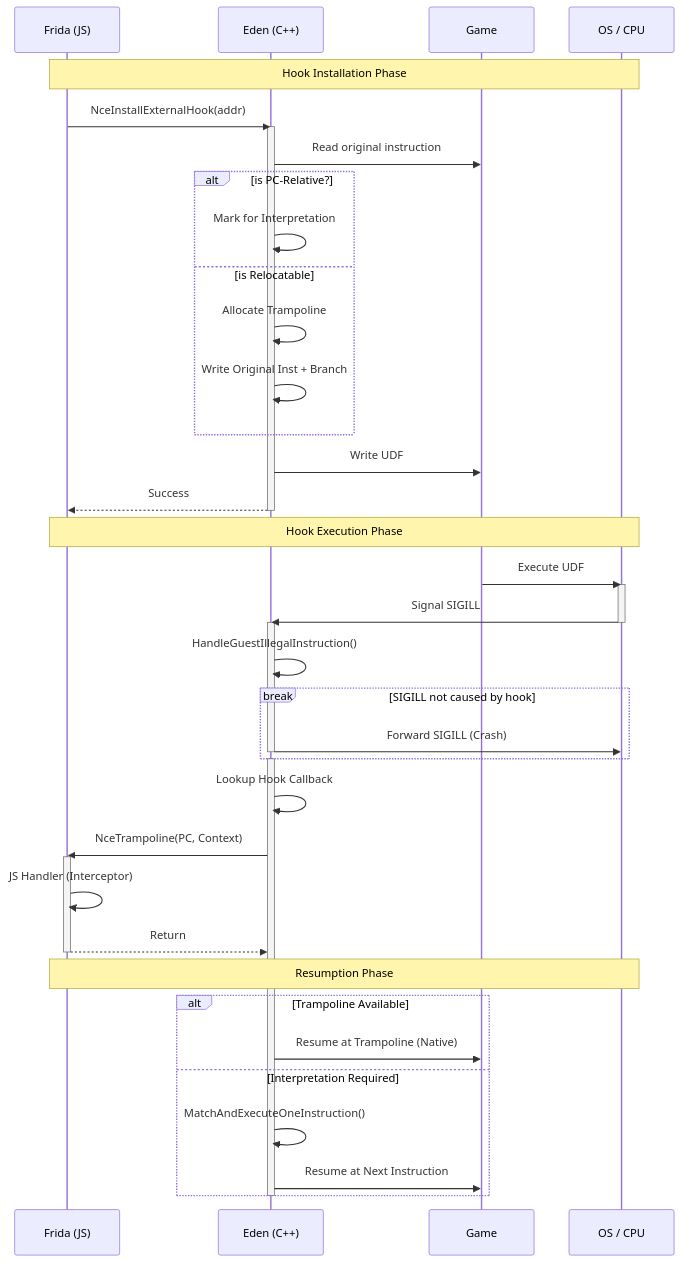
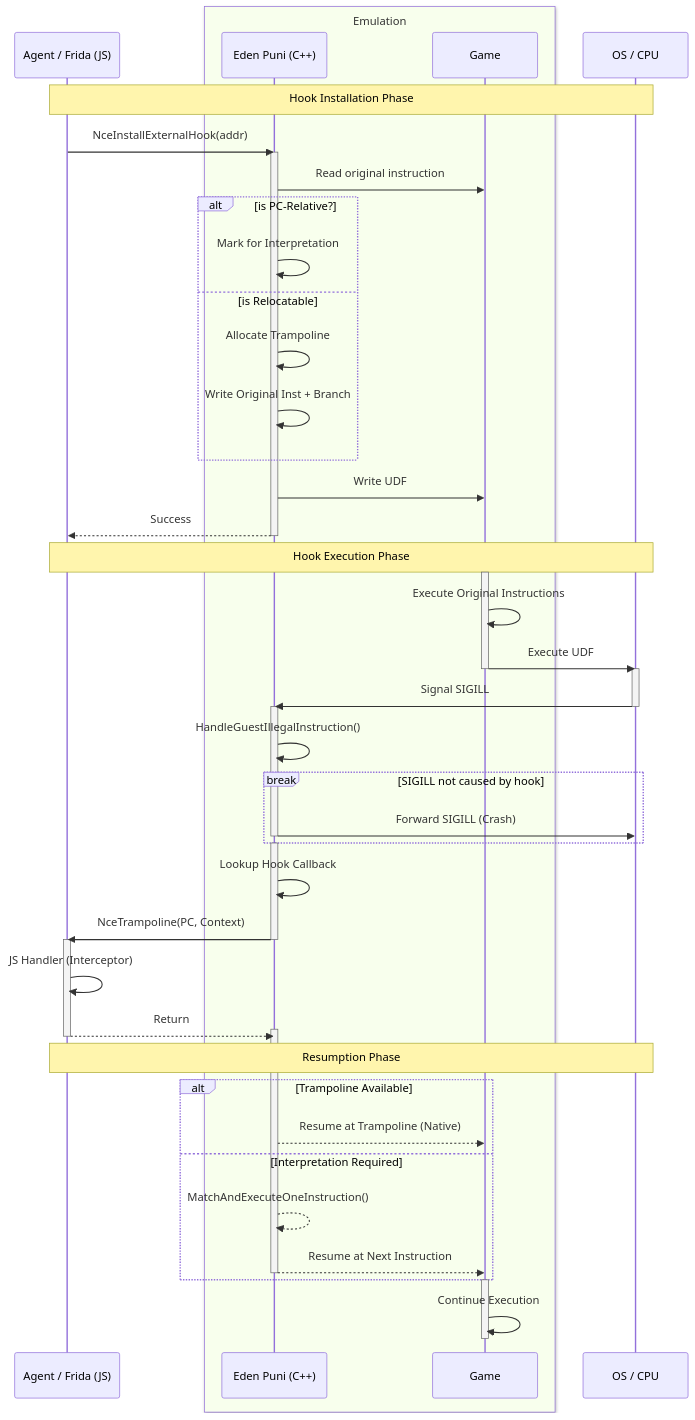
Before and after one commit to Mansive/puni-patcher: the diagram in docs/nce_hooks_diagram.mmd, drawn with Mermaid. The commit also changed 1 other file, not shown here.

Commit message:
Improve diagram accuracy

```diff
--- a/docs/nce_hooks_diagram.mmd
+++ b/docs/nce_hooks_diagram.mmd
@@ -1,62 +1,73 @@
 %%{init: {
-    %% 'theme': 'forest'
+    %% 'theme': 'neo'
 }}%%
 
 sequenceDiagram
     %% autonumber
-    participant F as Frida (JS)
-    participant E as Eden (C++)
+    participant F as Agent / Frida (JS)
+    box rgba(248, 255, 237, 1) Emulation
+    participant E as Eden Puni (C++)
     participant G as Game
+    end
     participant OS as OS / CPU
 
     Note over F, OS: Hook Installation Phase
 
     F->>E: NceInstallExternalHook(addr)
     activate E
     E->>G: Read original instruction
     
     alt is PC-Relative?
         E->>E: Mark for Interpretation
     else is Relocatable
         E->>E: Allocate Trampoline
         E->>E: Write Original Inst + Branch
     end
 
     E->>G: Write UDF #0 (SIGILL)
     E-->>F: Success
     deactivate E
 
     Note over F, OS: Hook Execution Phase
 
+    activate G
+    G->>G: Execute Original Instructions
     G->>OS: Execute UDF #0
+    deactivate G
     activate OS
     OS->>E: Signal SIGILL
     deactivate OS
     
     activate E
     
     E->>E: HandleGuestIllegalInstruction()
     
     break SIGILL not caused by hook
         E->>OS: Forward SIGILL (Crash)
          deactivate E
     end
     activate  E
 
     E->>E: Lookup Hook Callback
     
     E->>F: NceTrampoline(PC, Context)
+    deactivate E
     activate F
     F->>F: JS Handler (Interceptor)
     F-->>E: Return
+    activate E
     deactivate F
     
     Note over F, OS: Resumption Phase
     
     alt Trampoline Available
-        E->>G: Resume at Trampoline (Native)
+        E-->>G: Resume at Trampoline (Native)
     else Interpretation Required
-        E->>E: MatchAndExecuteOneInstruction()
-        E->>G: Resume at Next Instruction
+        E-->>E: MatchAndExecuteOneInstruction()
+        E-->>G: Resume at Next Instruction
+        deactivate E
     end
-    deactivate E
+    
+    activate G
+    G->>G: Continue Execution
+    deactivate G
```
